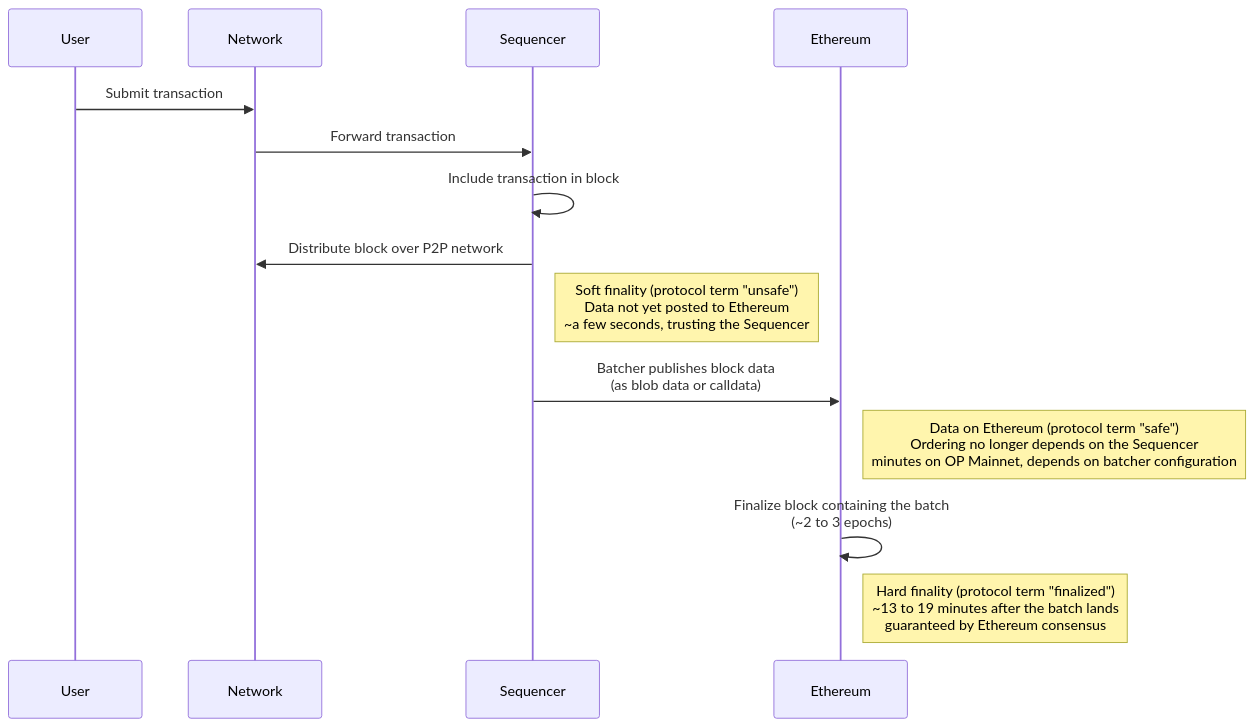
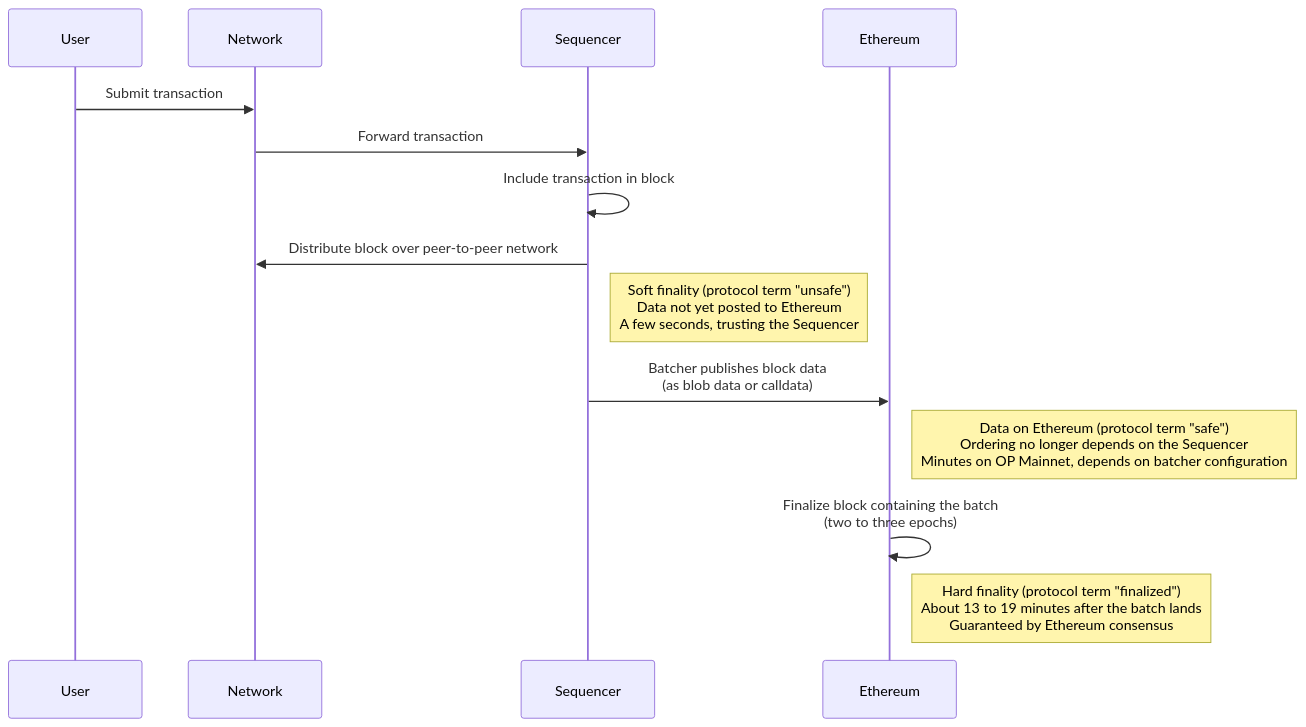
Before and after one commit to ethereum-optimism/optimism: the diagram in docs/public-docs/op-stack/transactions/transaction-finality.mdx, drawn with Mermaid. The commit also changed other lines of this file and 4 other files, not shown here.

````diff
--- a/docs/public-docs/op-stack/transactions/transaction-finality.mdx
+++ b/docs/public-docs/op-stack/transactions/transaction-finality.mdx
@@ -46,19 +53,19 @@
 ```mermaid
 sequenceDiagram
     participant User
     participant Network
     participant Sequencer
     participant Ethereum
 
     User->>Network: Submit transaction
     Network->>Sequencer: Forward transaction
     Sequencer->>Sequencer: Include transaction in block
-    Sequencer->>Network: Distribute block over P2P network
-    Note right of Sequencer: Soft finality (protocol term "unsafe")<br/>Data not yet posted to Ethereum<br/>~a few seconds, trusting the Sequencer
+    Sequencer->>Network: Distribute block over peer-to-peer network
+    Note right of Sequencer: Soft finality (protocol term "unsafe")<br/>Data not yet posted to Ethereum<br/>A few seconds, trusting the Sequencer
 
     Sequencer->>Ethereum: Batcher publishes block data<br/>(as blob data or calldata)
-    Note right of Ethereum: Data on Ethereum (protocol term "safe")<br/>Ordering no longer depends on the Sequencer<br/>minutes on OP Mainnet, depends on batcher configuration
+    Note right of Ethereum: Data on Ethereum (protocol term "safe")<br/>Ordering no longer depends on the Sequencer<br/>Minutes on OP Mainnet, depends on batcher configuration
 
-    Ethereum->>Ethereum: Finalize block containing the batch<br/>(~2 to 3 epochs)
-    Note right of Ethereum: Hard finality (protocol term "finalized")<br/>~13 to 19 minutes after the batch lands<br/>guaranteed by Ethereum consensus
+    Ethereum->>Ethereum: Finalize block containing the batch<br/>(two to three epochs)
+    Note right of Ethereum: Hard finality (protocol term "finalized")<br/>About 13 to 19 minutes after the batch lands<br/>Guaranteed by Ethereum consensus
 ```
````
